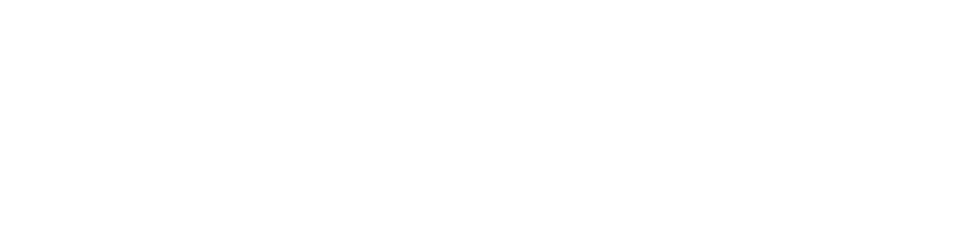
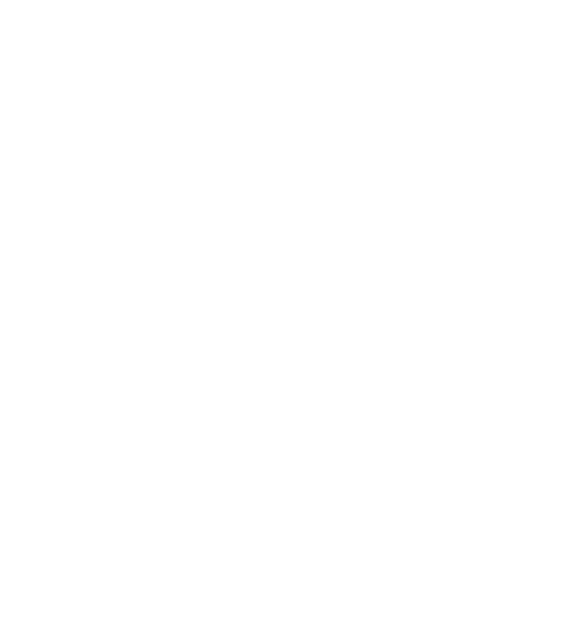
The second of 2 diagrams in doc/source/api/firstorder/formula.rst (logic1-eu/logic1), drawn with Graphviz before and after one commit. The commit also changed other lines of this file and 1 other file, not shown here.

Commit message:
doc: Revised class diagram

```diff
--- a/doc/source/api/firstorder/formula.rst
+++ b/doc/source/api/firstorder/formula.rst
@@ -31,14 +33,17 @@
   .. graphviz::
     :class: only-dark
 
      digraph foo {
+        rankdir="RL";
         bgcolor="transparent";
-        edge [dir=back, arrowtail=empty, color="white"];
-        node [shape=plaintext, fontname="monospace", fontcolor="white"];
-        "Formula" -> "QuantifiedFormula";
-        "Formula" -> "BooleanFormula" ;
-        "Formula" -> "AtomicFormula";
-        QuantifiedFormula -> "Ex | All";
-        "BooleanFormula" -> "Equivalent | Implies | And | Or | Not | _T | _F";
-        AtomicFormula -> "RCF.AtomicFormula | ...";
+        edge [arrowhead=empty, arrowsize=0.75, penwidth=0.8, color=white];
+        node [shape=box, fixedsize=true, width=1.6, height=0.3,
+              fontsize="10pt", fontname="monospace", penwidth=0.8,
+              color=white, fontcolor=white];
+        Ex, All -> QuantifiedFormula;
+        Equivalent, Implies, And, Or, Not, _T, _F -> BooleanFormula;
+        "RCF.AtomicFormula", "Sets.AtomicFormula" -> AtomicFormula;
+        QuantifiedFormula, BooleanFormula, AtomicFormula -> Formula;
+        dots [shape=plaintext, height=0.1, label="..."];
+        dots -> AtomicFormula;
      }
```
